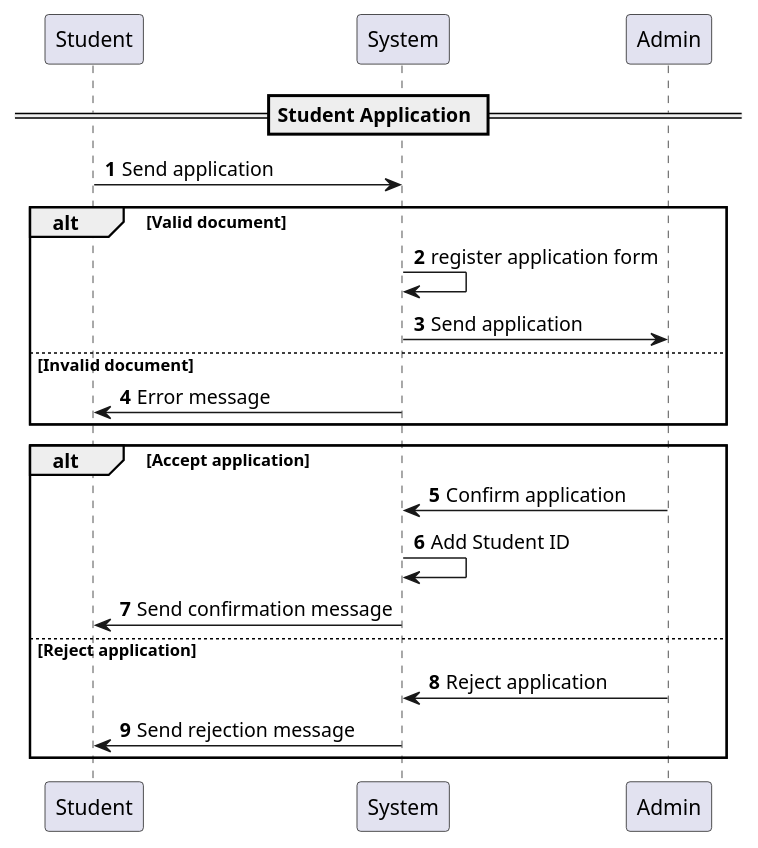
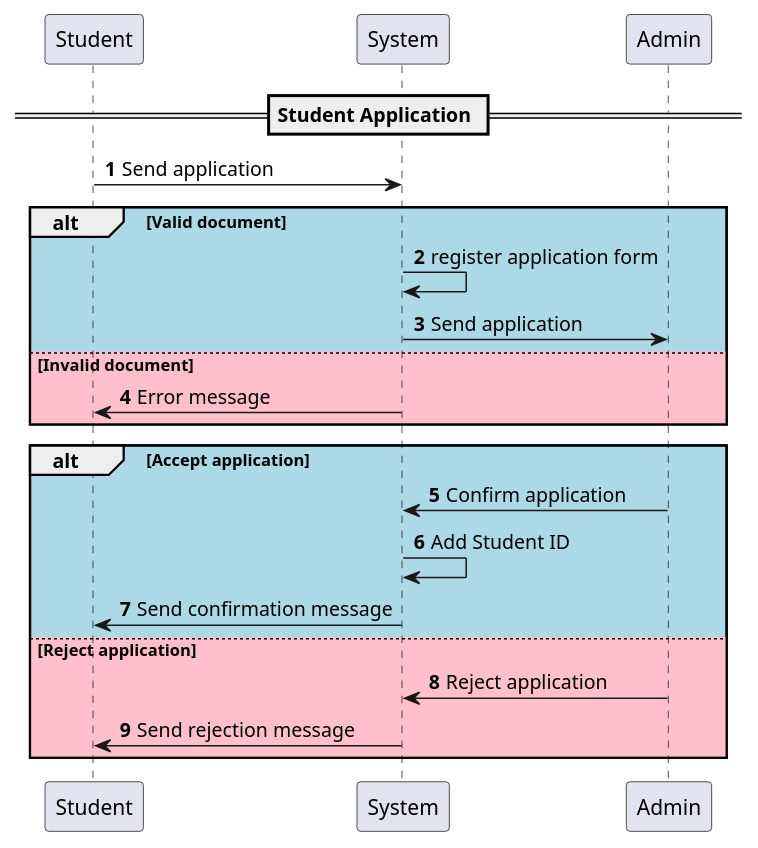
The diagram in Application_Sequence.puml (KMorere/school_uml), drawn with PlantUML before and after one commit. The commit also changed 1 other file, not shown here.

```diff
--- a/Application_Sequence.puml
+++ b/Application_Sequence.puml
@@ -1,26 +1,26 @@
 @startuml
 'https://plantuml.com/sequence-diagram
 
 autonumber
 
 == Student Application ==
 
 Student -> System : Send application
 
-alt Valid document
+alt #lightblue Valid document
     System -> System : register application form
     System -> Admin : Send application
-else Invalid document
+else #pink Invalid document
     System -> Student : Error message
 end
 
-alt Accept application
+alt #lightblue Accept application
     Admin -> System : Confirm application
     System -> System : Add Student ID
     System -> Student : Send confirmation message
-else Reject application
+else #pink Reject application
     Admin -> System : Reject application
     System -> Student : Send rejection message
 end
 
 @enduml
```
